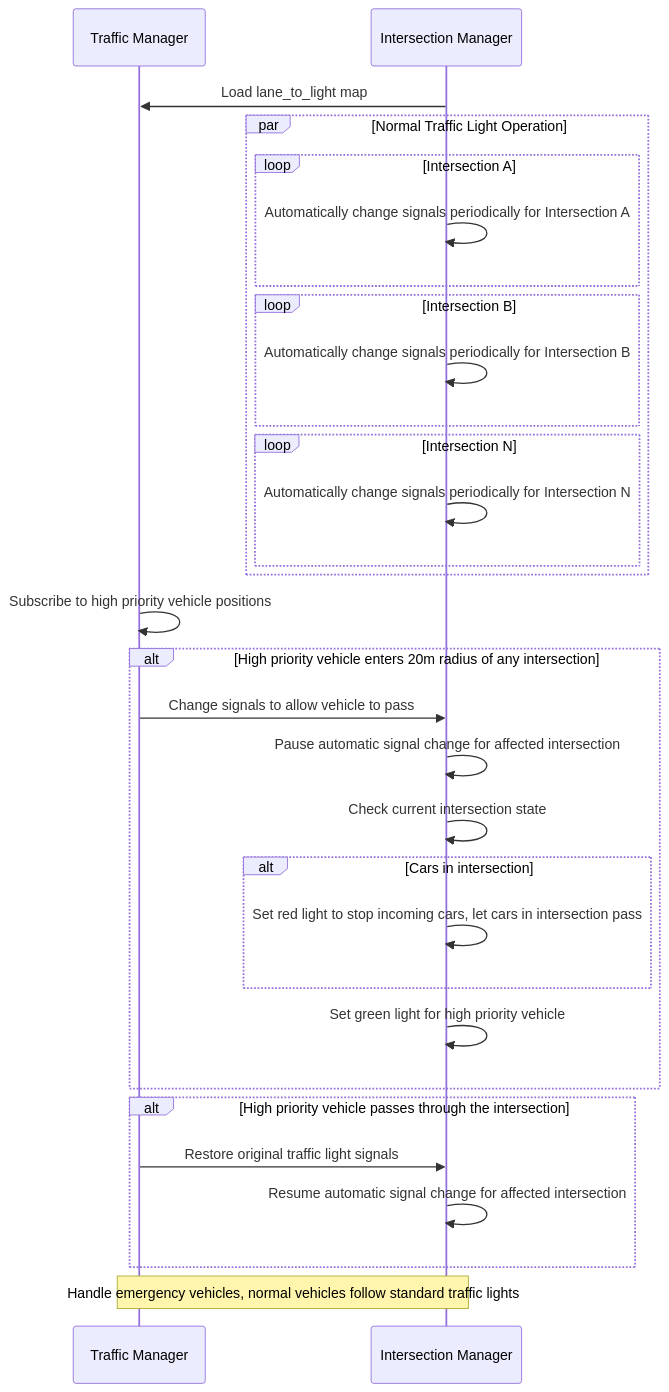
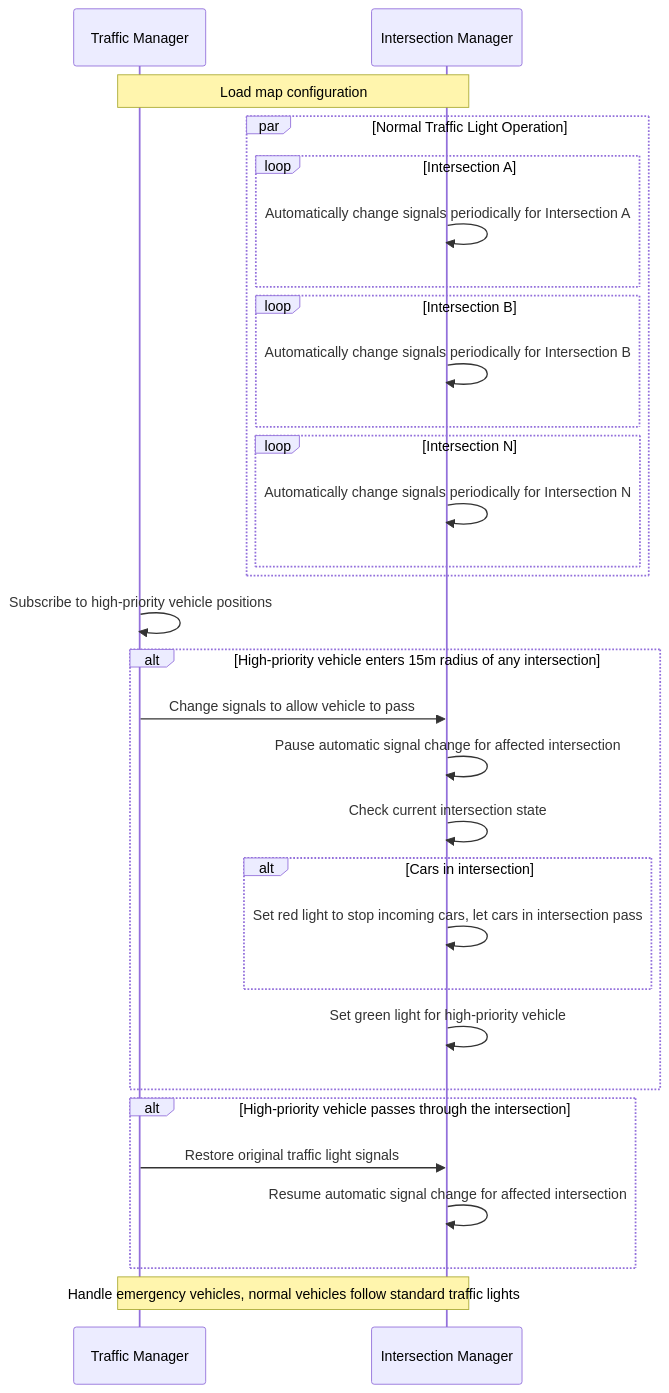
The diagram in README.md (evshary/zenoh_autoware_v2x), drawn with Mermaid before and after one commit. The commit also changed other lines of this file and 6 other files, not shown here.

````diff
--- a/README.md
+++ b/README.md
@@ -9,43 +9,43 @@
 ```mermaid
 sequenceDiagram
     participant tm as Traffic Manager
     participant im as Intersection Manager
 
-    im ->> tm: Load lane_to_light map
+    note over im, tm: Load map configuration
 
     par Normal Traffic Light Operation
         loop Intersection A
             im ->> im: Automatically change signals periodically for Intersection A
         end
 
         loop Intersection B
             im ->> im: Automatically change signals periodically for Intersection B
         end
 
         loop Intersection N
             im ->> im: Automatically change signals periodically for Intersection N
         end
     end
 
-    tm ->> tm: Subscribe to high priority vehicle positions
+    tm ->> tm: Subscribe to high-priority vehicle positions
 
-    alt High priority vehicle enters 20m radius of any intersection
+    alt High-priority vehicle enters 15m radius of any intersection
         tm ->> im: Change signals to allow vehicle to pass
             im ->> im: Pause automatic signal change for affected intersection
             im ->> im: Check current intersection state
             alt Cars in intersection
                 im ->> im: Set red light to stop incoming cars, let cars in intersection pass
             end
-            im ->> im: Set green light for high priority vehicle
+            im ->> im: Set green light for high-priority vehicle
     end
 
-    alt High priority vehicle passes through the intersection
+    alt High-priority vehicle passes through the intersection
         tm ->> im: Restore original traffic light signals
         
             im ->> im: Resume automatic signal change for affected intersection
         
     end
 
     Note over tm, im: Handle emergency vehicles, normal vehicles follow standard traffic lights
 
 ```
````
